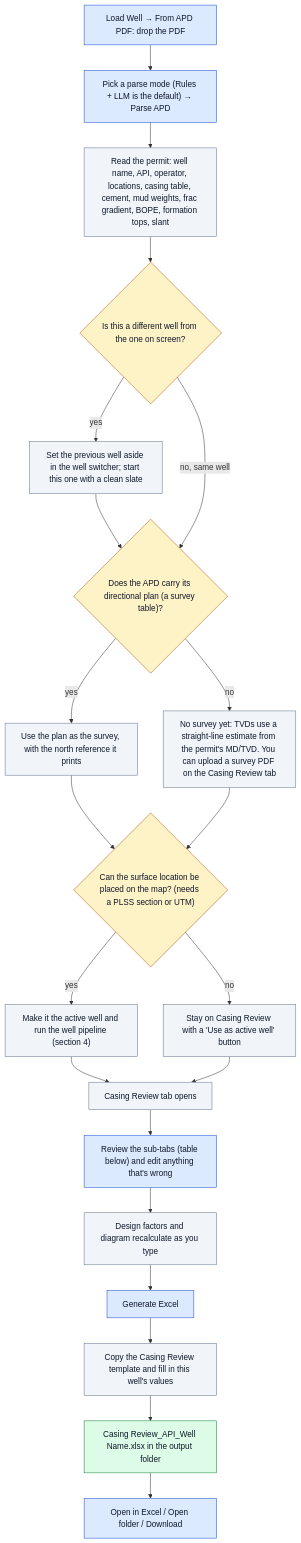
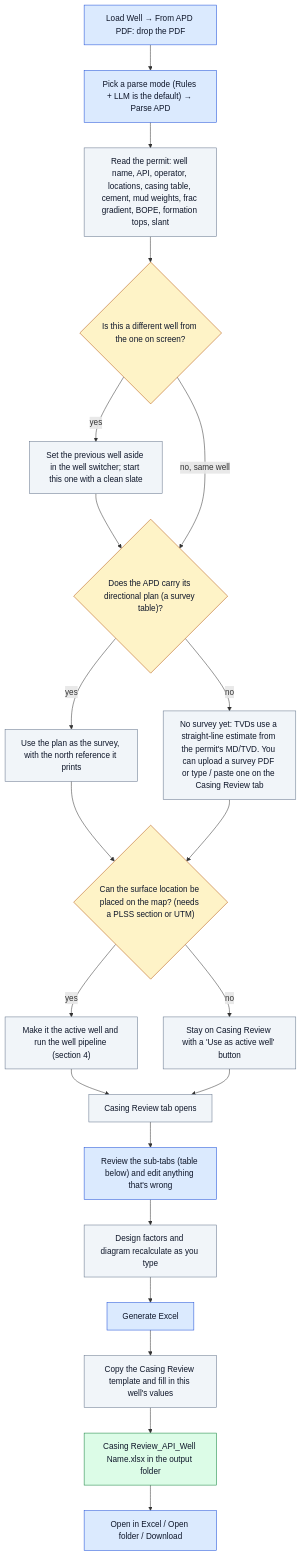
One commit to clgoodrich/EToolsV3 changed the second of 6 diagrams in etools/docs/app_guide.md. Above: the diagram before and after it, drawn with Mermaid. The commit also changed other lines of this file and 9 other files, not shown here.

First line of the commit message:
feat(survey): type / paste survey table on the WCR and Casing Review tabs

````diff
--- a/etools/docs/app_guide.md
+++ b/etools/docs/app_guide.md
@@ -74,36 +74,36 @@
 ```mermaid
 flowchart TD
     classDef you fill:#dbeafe,stroke:#1d4ed8,color:#0f172a
     classDef auto fill:#f1f5f9,stroke:#64748b,color:#0f172a
     classDef out fill:#dcfce7,stroke:#15803d,color:#0f172a
     classDef dec fill:#fef3c7,stroke:#b45309,color:#0f172a
     classDef data fill:#ede9fe,stroke:#6d28d9,color:#0f172a
 
     A1["Load Well → From APD PDF: drop the PDF"]:::you
     A2["Pick a parse mode (Rules + LLM is the default) → Parse APD"]:::you
     A3["Read the permit: well name, API, operator, locations, casing table, cement, mud weights, frac gradient, BOPE, formation tops, slant"]:::auto
     A4{"Is this a different well from the one on screen?"}:::dec
     A5["Set the previous well aside in the well switcher; start this one with a clean slate"]:::auto
     A6{"Does the APD carry its directional plan (a survey table)?"}:::dec
     A7["Use the plan as the survey, with the north reference it prints"]:::auto
-    A8["No survey yet: TVDs use a straight-line estimate from the permit's MD/TVD. You can upload a survey PDF on the Casing Review tab"]:::auto
+    A8["No survey yet: TVDs use a straight-line estimate from the permit's MD/TVD. You can upload a survey PDF or type / paste one on the Casing Review tab"]:::auto
     A9{"Can the surface location be placed on the map? (needs a PLSS section or UTM)"}:::dec
     A10["Make it the active well and run the well pipeline (section 4)"]:::auto
     A11["Stay on Casing Review with a 'Use as active well' button"]:::auto
     A12["Casing Review tab opens"]:::auto
 
     A1 --> A2 --> A3 --> A4
     A4 -- yes --> A5 --> A6
     A4 -- no, same well --> A6
     A6 -- yes --> A7 --> A9
     A6 -- no --> A8 --> A9
     A9 -- yes --> A10 --> A12
     A9 -- no --> A11 --> A12
 
     A12 --> R1["Review the sub-tabs (table below) and edit anything that's wrong"]:::you
     R1 --> R2["Design factors and diagram recalculate as you type"]:::auto
     R2 --> R3["Generate Excel"]:::you
     R3 --> R4["Copy the Casing Review template and fill in this well's values"]:::auto
     R4 --> R5["Casing Review_API_Well Name.xlsx in the output folder"]:::out
     R5 --> R6["Open in Excel / Open folder / Download"]:::you
 ```
````
